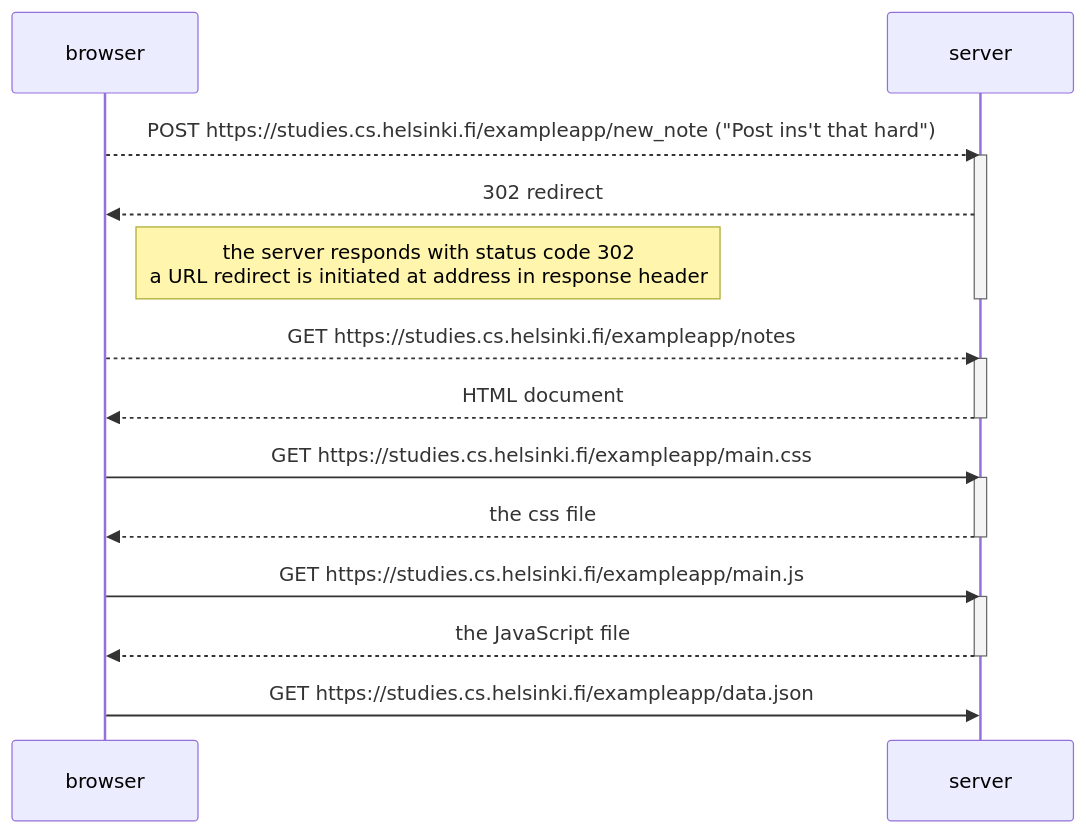
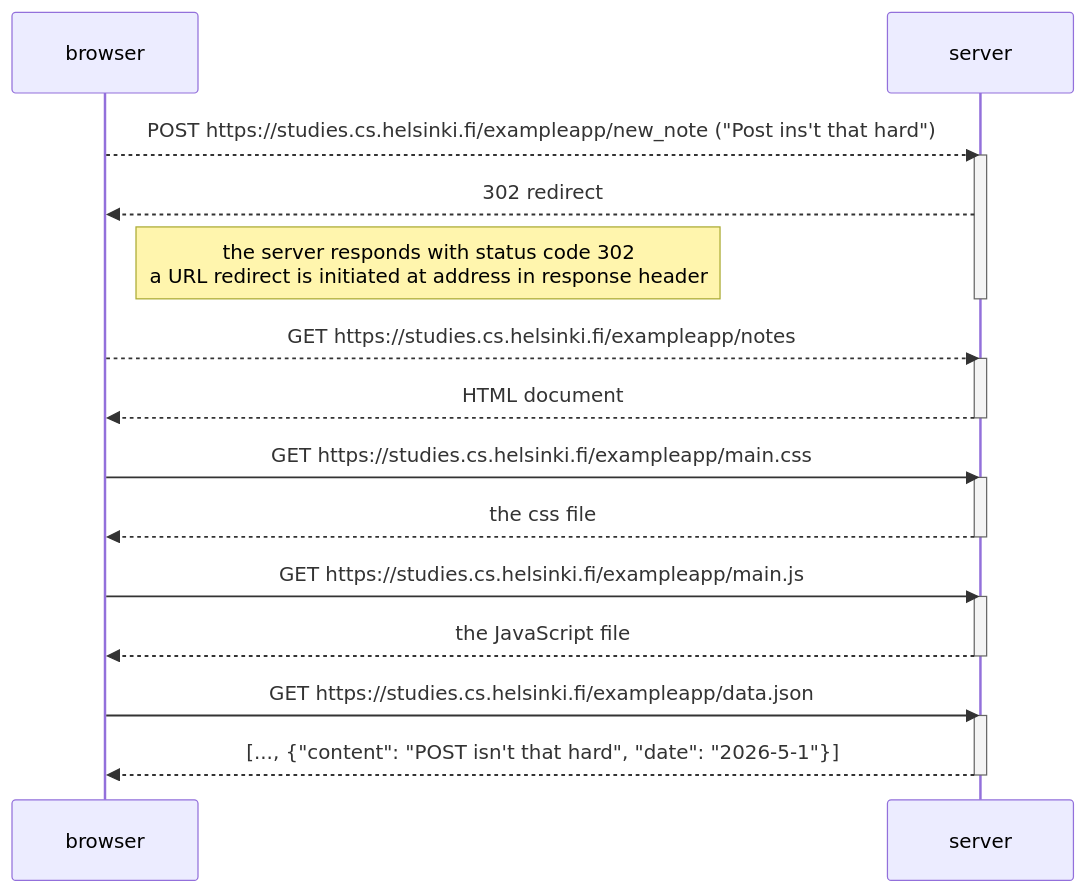
One commit to roger-mdev/fullstackopen changed the diagram in part 0/0.4.md. Above: the diagram before and after it, drawn with Mermaid.

````diff
--- a/part 0/0.4.md
+++ b/part 0/0.4.md
@@ -1,30 +1,33 @@
 ```mermaid
 sequenceDiagram
     participant browser
     participant server
 
     browser-->>server: POST https://studies.cs.helsinki.fi/exampleapp/new_note ("Post ins't that hard")
     activate server
     server-->>browser: 302 redirect
     
  Note right of browser: the server responds with status code 302 <br/> a URL redirect is initiated at address in response header
 
     deactivate server
 
     browser-->>server: GET https://studies.cs.helsinki.fi/exampleapp/notes
     activate server
     server-->>browser: HTML document
     deactivate server
 
     browser->>server: GET https://studies.cs.helsinki.fi/exampleapp/main.css
     activate server
     server-->>browser: the css file
     deactivate server
 
     browser->>server: GET https://studies.cs.helsinki.fi/exampleapp/main.js
     activate server
     server-->>browser: the JavaScript file
     deactivate server
 
     browser->>server: GET https://studies.cs.helsinki.fi/exampleapp/data.json
+    activate server
+    server-->>browser: [..., {"content": "POST isn't that hard", "date": "2026-5-1"}]
+    deactivate server
 ```
````
